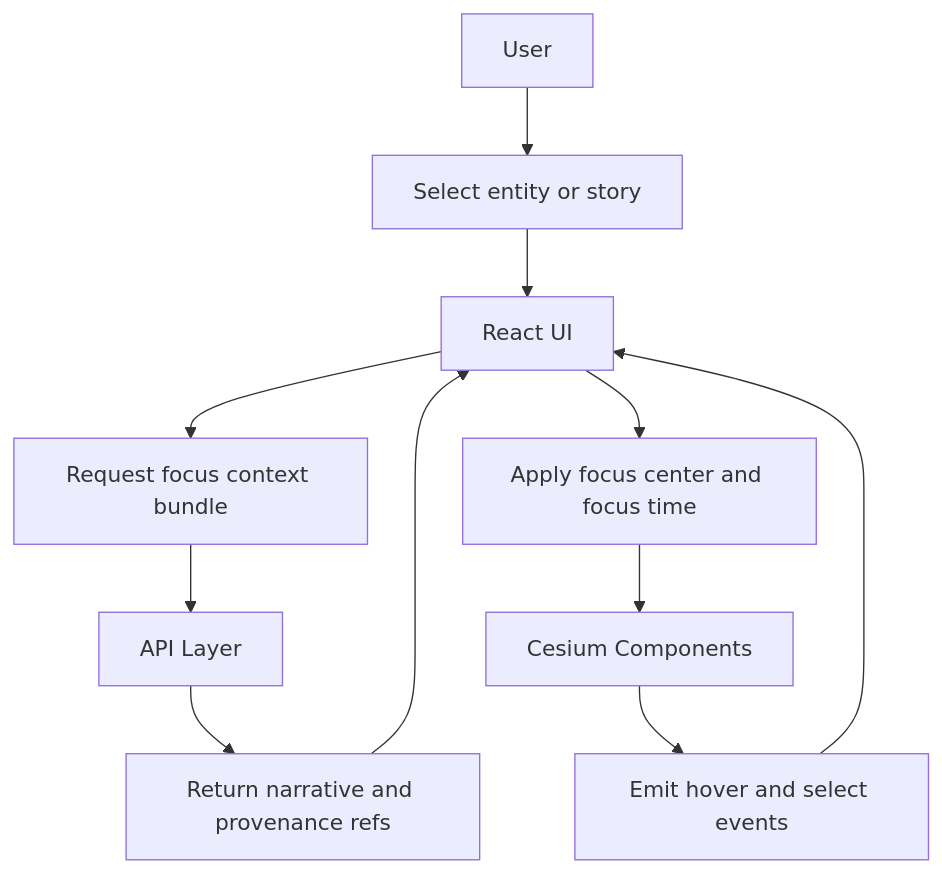
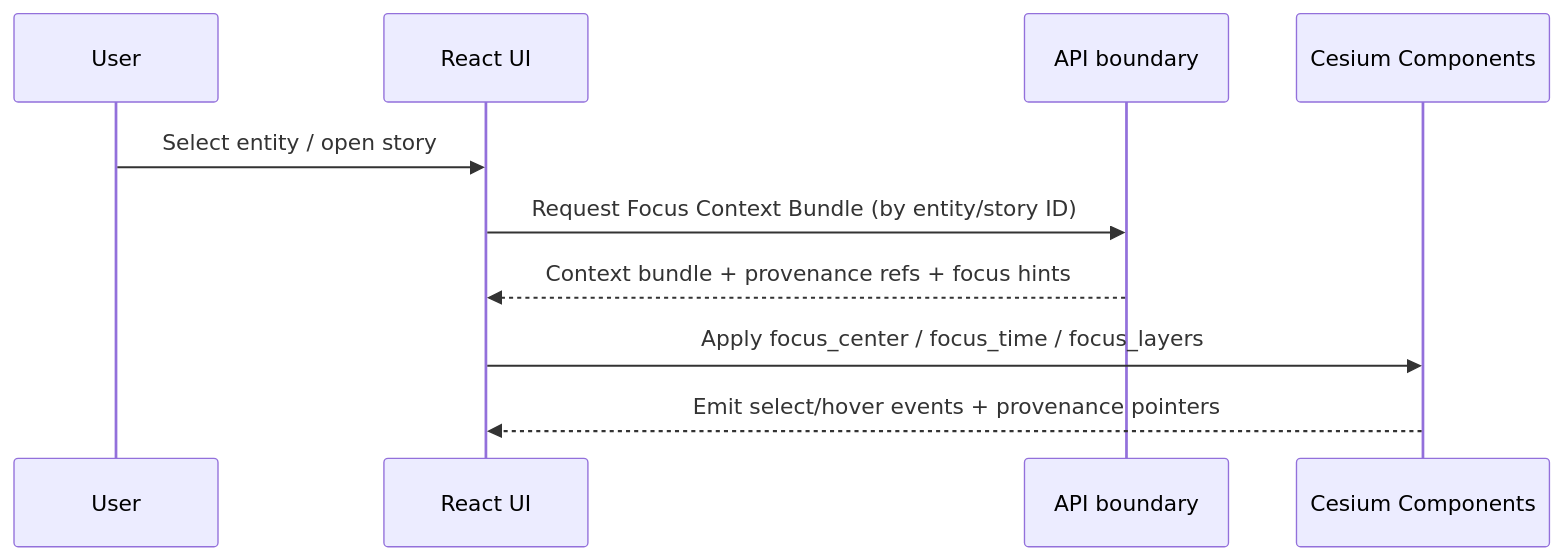
Before and after one commit to bartytime4life/Kansas-Frontier-Matrix: the second of 2 diagrams in web/cesium/components/README.md, drawn with Mermaid. The commit also changed other lines of this file, not shown here.

```diff
--- a/web/cesium/components/README.md
+++ b/web/cesium/components/README.md
@@ -167,13 +194,13 @@
 ~~~mermaid
-flowchart TB
-  U["User"] --> S1["Select entity or story"]
-  S1 --> UI["React UI"]
-  UI --> Q1["Request focus context bundle"]
-  Q1 --> API["API Layer"]
-  API --> R1["Return narrative and provenance refs"]
-  R1 --> UI
-  UI --> A1["Apply focus center and focus time"]
-  A1 --> C["Cesium Components"]
-  C --> E1["Emit hover and select events"]
-  E1 --> UI
+sequenceDiagram
+  participant U as User
+  participant UI as React UI
+  participant API as API boundary
+  participant C as Cesium Components
+
+  U->>UI: Select entity / open story
+  UI->>API: Request Focus Context Bundle (by entity/story ID)
+  API-->>UI: Context bundle + provenance refs + focus hints
+  UI->>C: Apply focus_center / focus_time / focus_layers
+  C-->>UI: Emit select/hover events + provenance pointers
 ~~~
```
